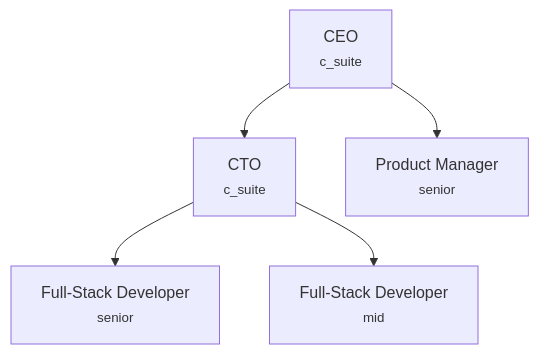
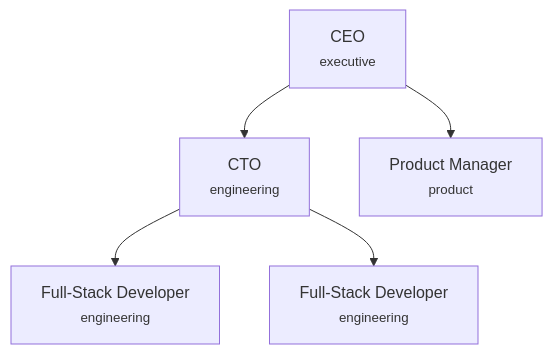
One commit to Aureliolo/synthorg changed the diagram in docs/guides/agents.md. Above: the diagram before and after it, drawn with Mermaid. The commit also changed other lines of this file and 528 other files, not shown here.

First line of the commit message:
Remove agent seniority/promotion/trust; derive authority from the role reporting graph (#2578)

````diff
--- a/docs/guides/agents.md
+++ b/docs/guides/agents.md
@@ -155,13 +142,13 @@
 ```mermaid
 graph TD
-    CEO["CEO<br/><small>c_suite</small>"]
-    CTO["CTO<br/><small>c_suite</small>"]
-    PM["Product Manager<br/><small>senior</small>"]
-    DEV1["Full-Stack Developer<br/><small>senior</small>"]
-    DEV2["Full-Stack Developer<br/><small>mid</small>"]
+    CEO["CEO<br/><small>executive</small>"]
+    CTO["CTO<br/><small>engineering</small>"]
+    PM["Product Manager<br/><small>product</small>"]
+    DEV1["Full-Stack Developer<br/><small>engineering</small>"]
+    DEV2["Full-Stack Developer<br/><small>engineering</small>"]
 
     CEO --> CTO
     CEO --> PM
     CTO --> DEV1
     CTO --> DEV2
 ```
````
